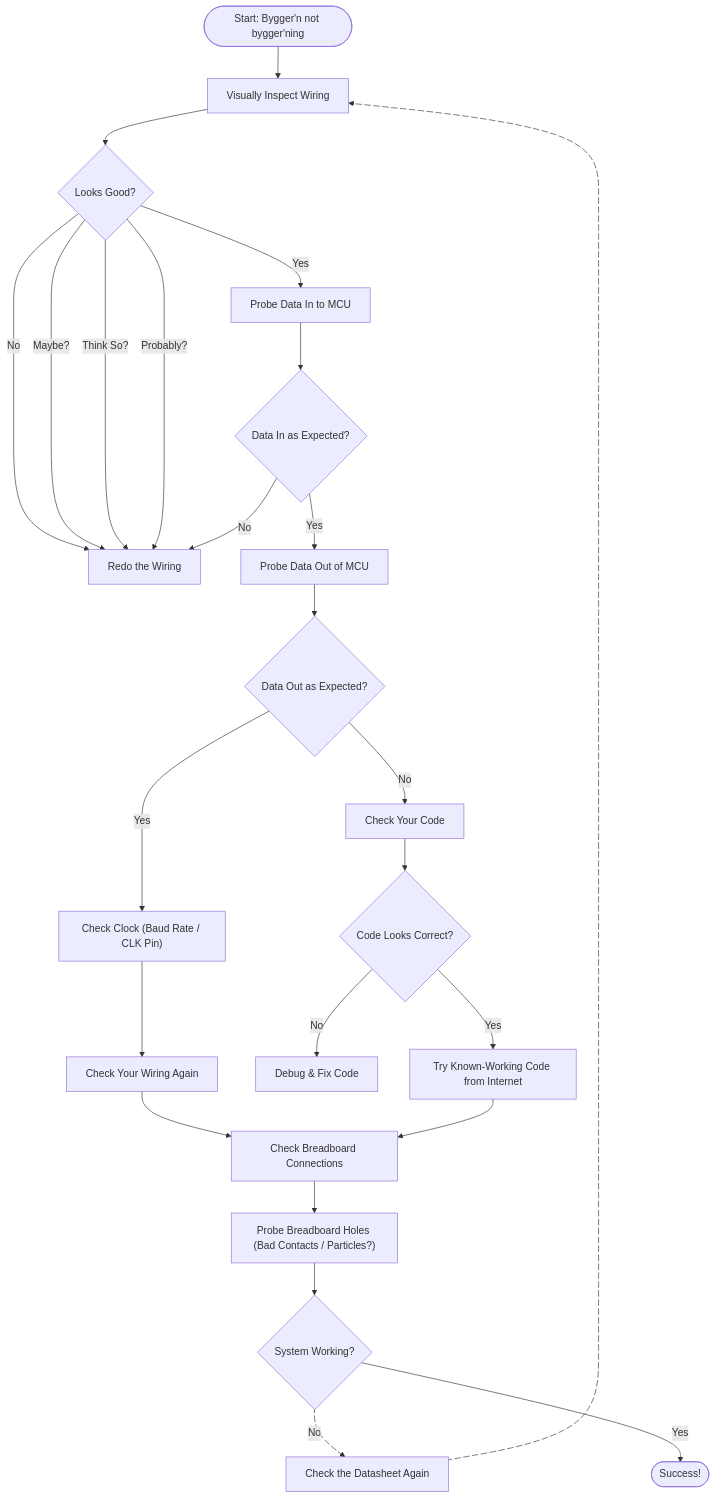
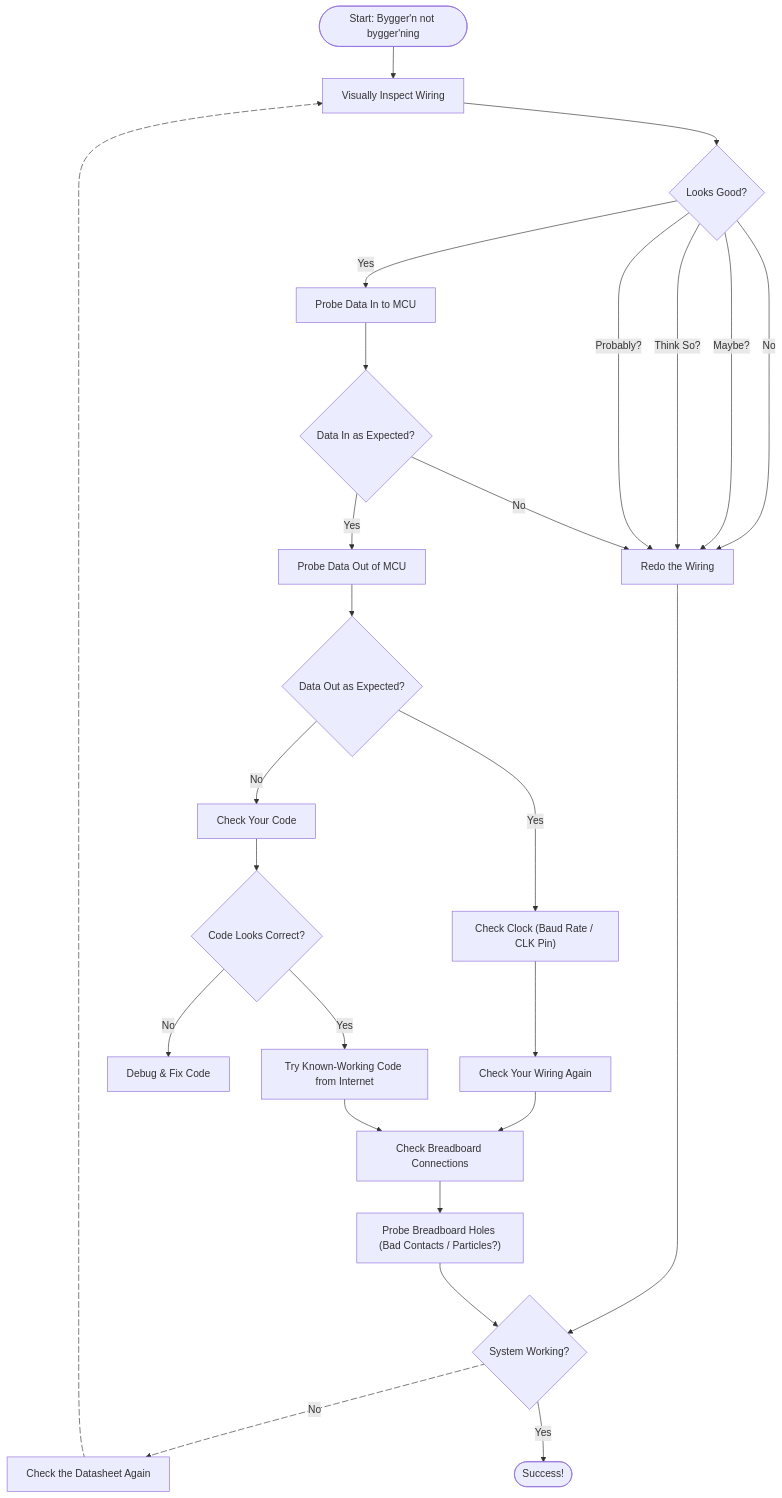
The diagram in README.md (Nuddel69/TTK4155-ProjectCode), drawn with Mermaid before and after one commit.

````diff
--- a/README.md
+++ b/README.md
@@ -52,33 +52,34 @@
 ```mermaid
 flowchart TD
     A(["Start: Bygger'n not bygger'ning"]) --> B["Visually Inspect Wiring"]
     B --> C{"Looks Good?"}
     C -->|No| D["Redo the Wiring"]
     C -->|Maybe?| D
     C -->|Think So?| D
     C -->|Probably?| D
+    D --> P
     
     C -->|Yes| E["Probe Data In to MCU"]
     E --> F{"Data In as Expected?"}
     F -->|No| D
     F -->|Yes| G["Probe Data Out of MCU"]
     
     G --> H{"Data Out as Expected?"}
     H -->|No| I["Check Your Code"]
     H -->|Yes| CLK["Check Clock (Baud Rate / CLK Pin)"]
     
     CLK --> J["Check Your Wiring Again"]
     
     I --> K{"Code Looks Correct?"}
     K -->|No| L["Debug & Fix Code"]
     K -->|Yes| M["Try Known-Working Code from Internet"]
     
     J --> N["Check Breadboard Connections"]
     M --> N
     N --> O["Probe Breadboard Holes (Bad Contacts / Particles?)"]
     O --> P{"System Working?"}
     P e1@-->|No|R["Check the Datasheet Again"] e2@--> B
      e1@{ animate: true }
      e2@{ animate: true }
     P -->|Yes| Q(["Success!"])
 ```
````
